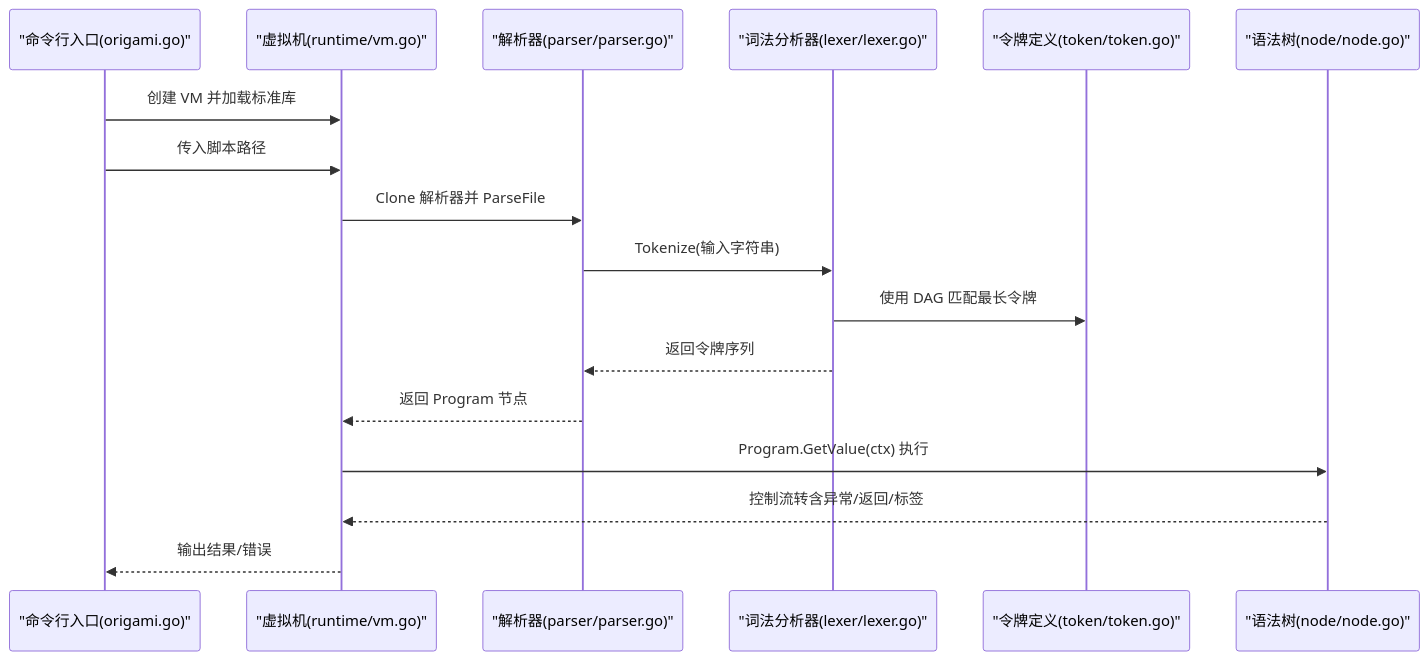
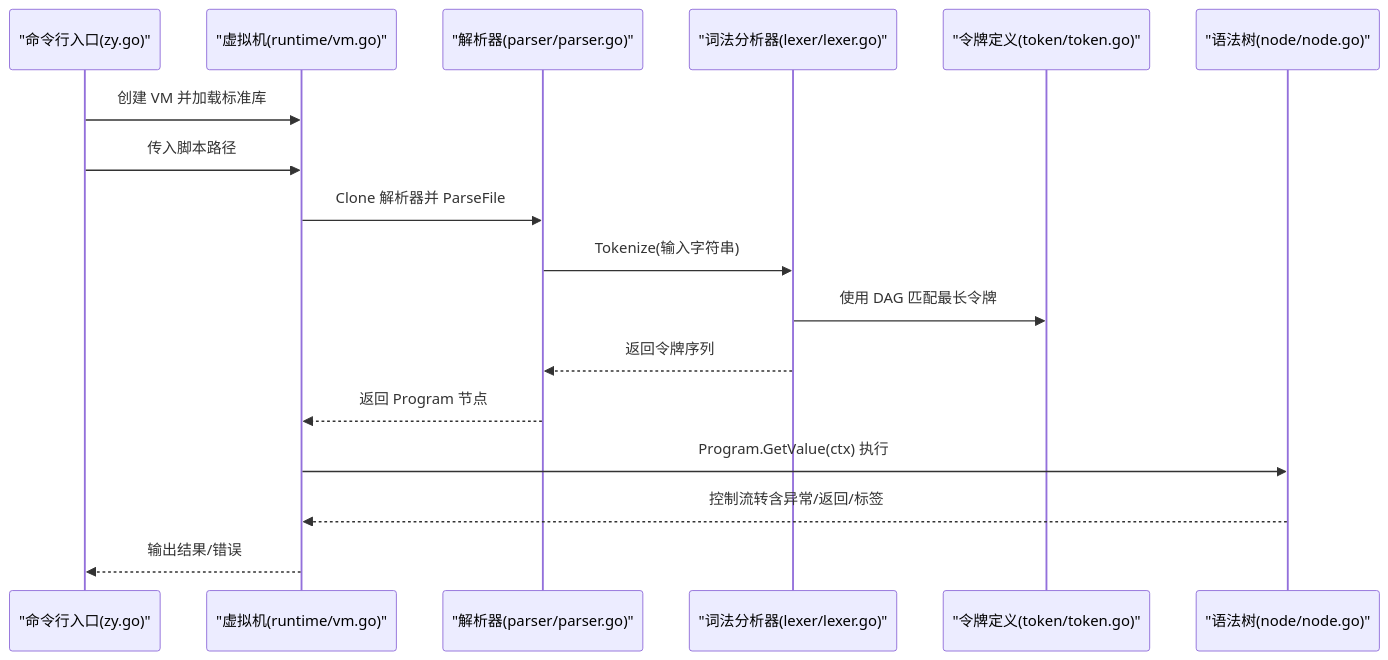
One commit to php-any/origami changed the second of 7 diagrams in .qoder/repowiki/zh/content/开发工具/性能分析.md. Above: the diagram before and after it, drawn with Mermaid. The commit also changed other lines of this file and 21 other files, not shown here.

````diff
--- a/.qoder/repowiki/zh/content/开发工具/性能分析.md
+++ b/.qoder/repowiki/zh/content/开发工具/性能分析.md
@@ -110,19 +110,19 @@
 ```mermaid
 sequenceDiagram
-participant CLI as "命令行入口(origami.go)"
+participant CLI as "命令行入口(zy.go)"
 participant VM as "虚拟机(runtime/vm.go)"
 participant P as "解析器(parser/parser.go)"
 participant L as "词法分析器(lexer/lexer.go)"
 participant T as "令牌定义(token/token.go)"
 participant N as "语法树(node/node.go)"
 CLI->>VM : 创建 VM 并加载标准库
 CLI->>VM : 传入脚本路径
 VM->>P : Clone 解析器并 ParseFile
 P->>L : Tokenize(输入字符串)
 L->>T : 使用 DAG 匹配最长令牌
 L-->>P : 返回令牌序列
 P-->>VM : 返回 Program 节点
 VM->>N : Program.GetValue(ctx) 执行
 N-->>VM : 控制流转含异常/返回/标签
 VM-->>CLI : 输出结果/错误
 ```
````
